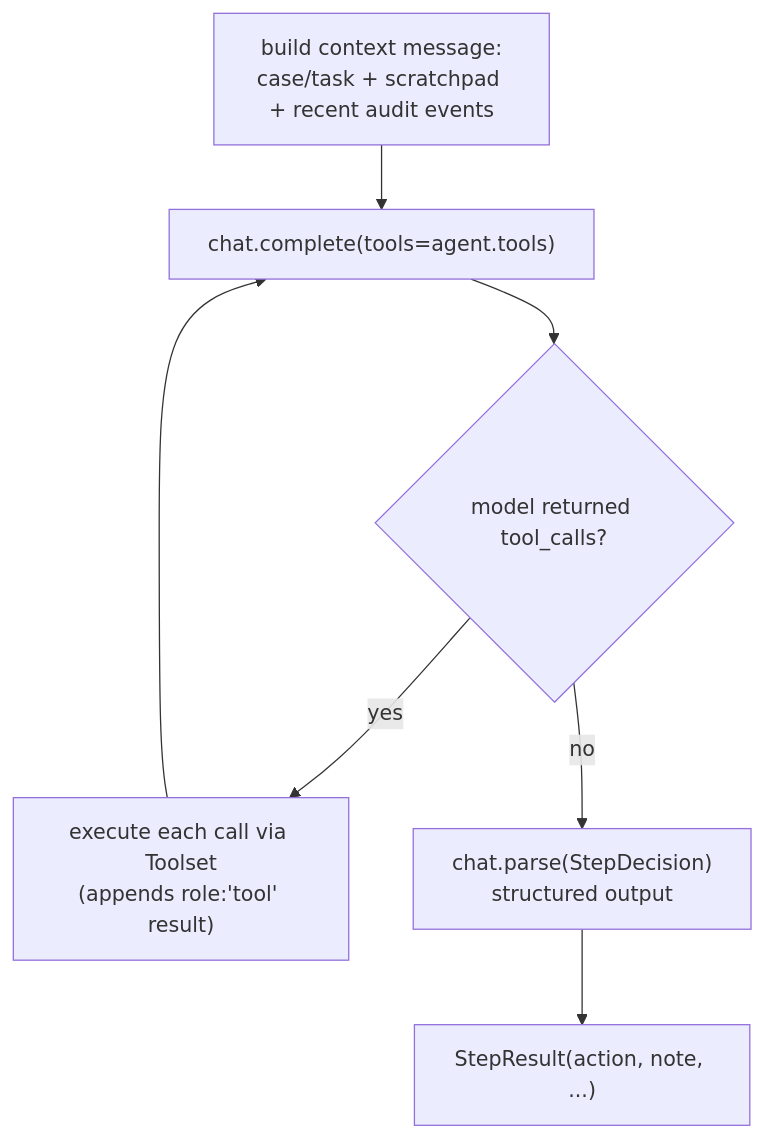
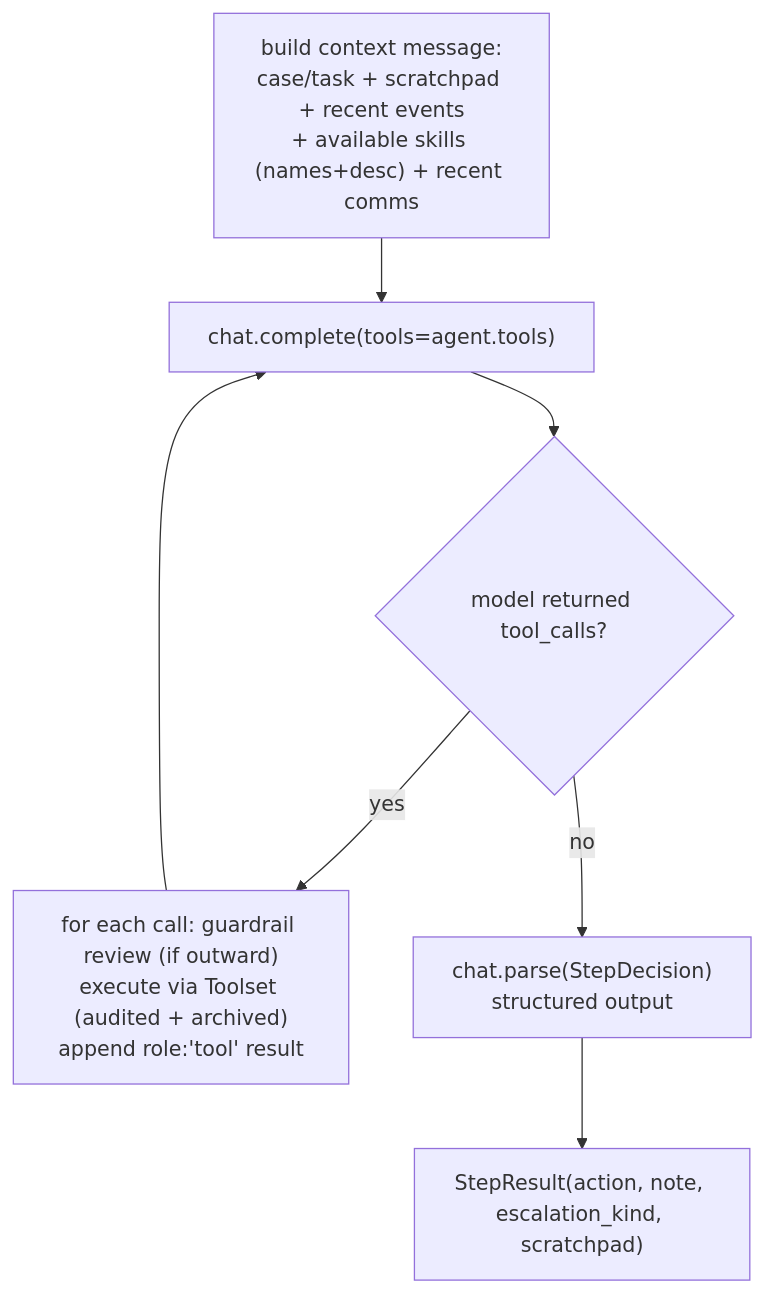
The seventh of 8 diagrams in GUIDE.md (rehanvipin/aigent-dploy), drawn with Mermaid before and after one commit. The commit also changed other lines of this file and 30 other files, not shown here.

Commit message:
redesign architecture

````diff
--- a/GUIDE.md
+++ b/GUIDE.md
@@ -328,9 +435,9 @@
 ```mermaid
 flowchart TD
-    A["build context message:\ncase/task + scratchpad + recent audit events"] --> B["chat.complete(tools=agent.tools)"]
+    A["build context message:\ncase/task + scratchpad + recent events\n+ available skills (names+desc) + recent comms"] --> B["chat.complete(tools=agent.tools)"]
     B --> C{"model returned tool_calls?"}
-    C -- yes --> D["execute each call via Toolset\n(appends role:'tool' result)"]
+    C -- yes --> D["for each call: guardrail review (if outward)\nexecute via Toolset (audited + archived)\nappend role:'tool' result"]
     D --> B
     C -- no --> E["chat.parse(StepDecision)\nstructured output"]
-    E --> F["StepResult(action, note, ...)"]
+    E --> F["StepResult(action, note, escalation_kind, scratchpad)"]
 ```
````
